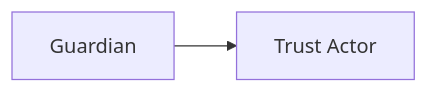
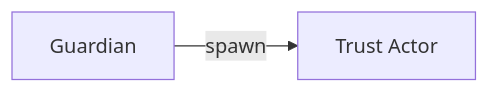
One commit to professor-greebie/homomorphic_actors changed the diagram in architecture/trust_outline.md. Above: the diagram before and after it, drawn with Mermaid. The commit also changed 6 other files, not shown here.

````diff
--- a/architecture/trust_outline.md
+++ b/architecture/trust_outline.md
@@ -3,8 +3,9 @@
 ```mermaid
 
 flowchart LR
-    start[Guardian] --> t1[Trust Actor]
+    start[Guardian] --spawn--> t1[Trust Actor]
+    
 
 
 
 ```
````
